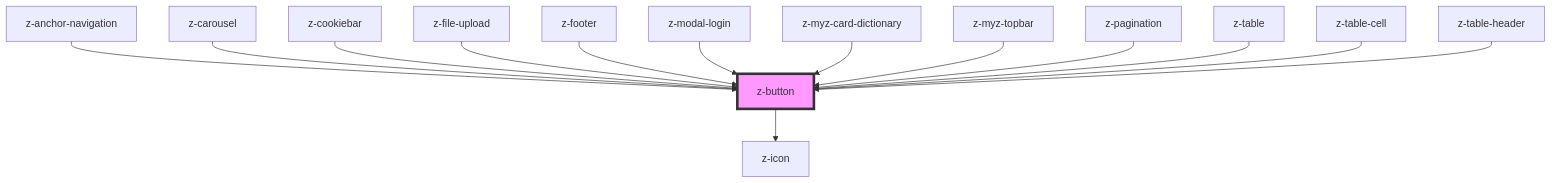
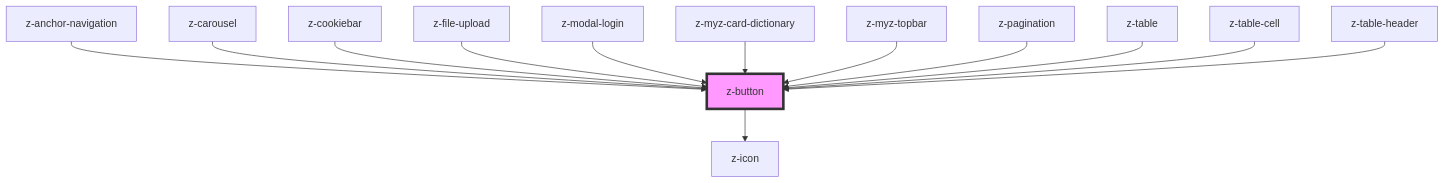
The diagram in src/components/buttons/z-button/readme.md (ZanichelliEditore/design-system), drawn with Mermaid before and after one commit. The commit also changed other lines of this file and 17 other files, not shown here.

````diff
--- a/src/components/buttons/z-button/readme.md
+++ b/src/components/buttons/z-button/readme.md
@@ -129,17 +128,16 @@
 ```mermaid
 graph TD;
   z-button --> z-icon
   z-anchor-navigation --> z-button
   z-carousel --> z-button
   z-cookiebar --> z-button
   z-file-upload --> z-button
-  z-footer --> z-button
   z-modal-login --> z-button
   z-myz-card-dictionary --> z-button
   z-myz-topbar --> z-button
   z-pagination --> z-button
   z-table --> z-button
   z-table-cell --> z-button
   z-table-header --> z-button
   style z-button fill:#f9f,stroke:#333,stroke-width:4px
 ```
````
